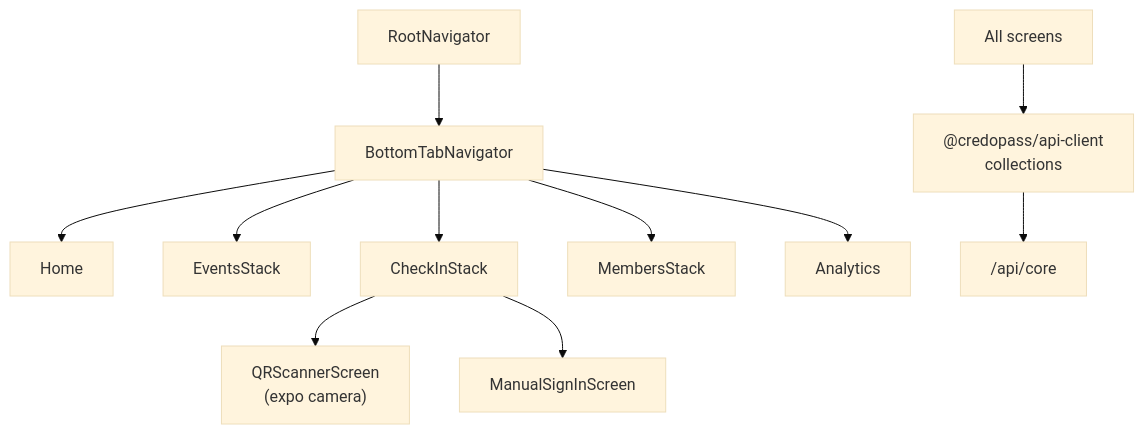
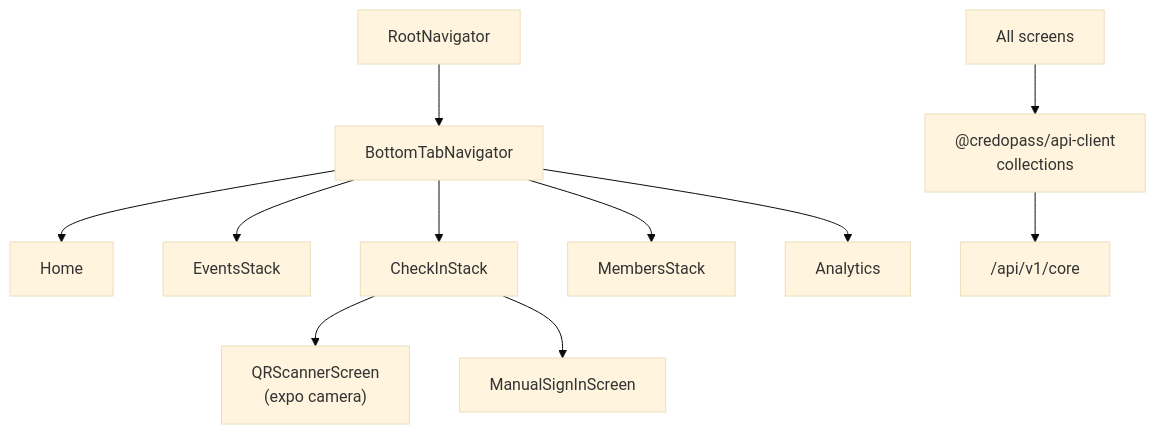
One commit to codewreaker/credopass changed the diagram in apps/mobile/README.md. Above: the diagram before and after it, drawn with Mermaid (base theme). The commit also changed other lines of this file and 101 other files, not shown here.

````diff
--- a/apps/mobile/README.md
+++ b/apps/mobile/README.md
@@ -13,13 +13,13 @@
 ```mermaid
 flowchart TD
     Root["RootNavigator"] --> Tabs["BottomTabNavigator"]
     Tabs --> Home["Home"]
     Tabs --> Events["EventsStack"]
     Tabs --> CheckIn["CheckInStack"]
     Tabs --> Members["MembersStack"]
     Tabs --> Analytics["Analytics"]
     CheckIn --> Scan["QRScannerScreen<br/>(expo camera)"]
     CheckIn --> Manual["ManualSignInScreen"]
     Screens["All screens"] --> Col["@credopass/api-client<br/>collections"]
-    Col --> API["/api/core"]
+    Col --> API["/api/v1/core"]
 ```
````
